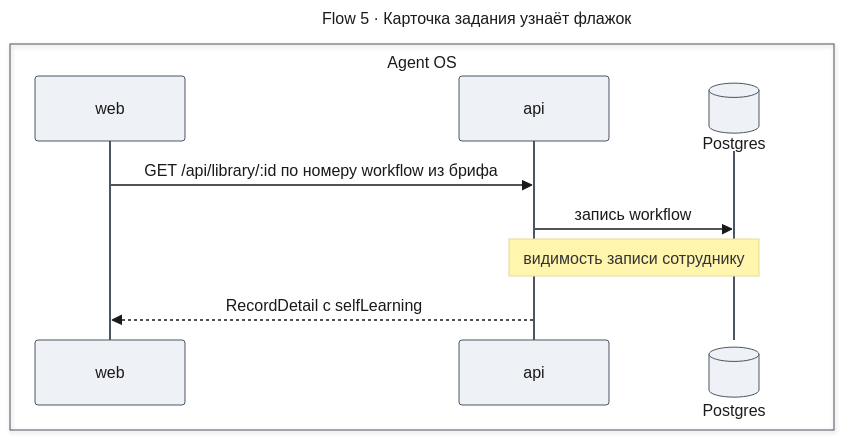
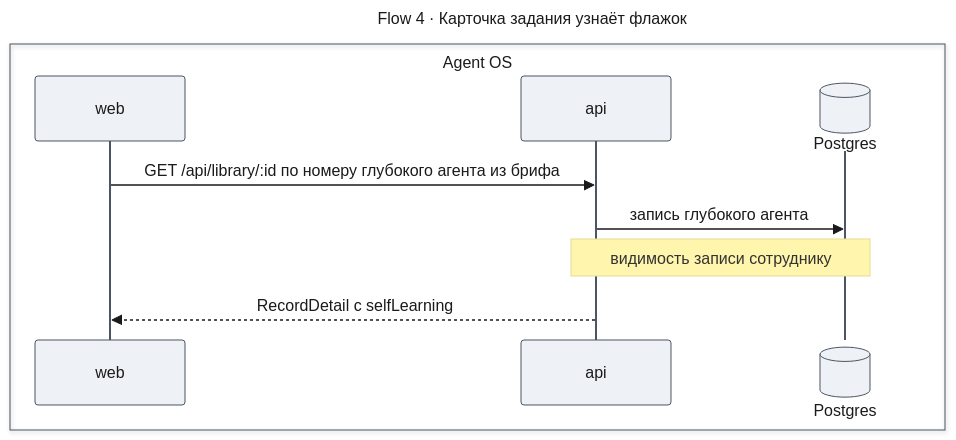
Before and after one commit to tundraray/agent-os: the seventh of 7 diagrams in docs/features/self-learning/design-web.md, drawn with Mermaid. The commit also changed other lines of this file and 13 other files, not shown here.

````diff
--- a/docs/features/self-learning/design-web.md
+++ b/docs/features/self-learning/design-web.md
@@ -621,28 +504,28 @@
 ```mermaid
 ---
-title: "Flow 5 · Карточка задания узнаёт флажок"
+title: "Flow 4 · Карточка задания узнаёт флажок"
 config:
   theme: base
   look: classic
   themeVariables:
     primaryColor: "#eef1f5"
     primaryBorderColor: "#4b5563"
     primaryTextColor: "#1a1a1a"
     lineColor: "#6b7280"
   themeCSS: |
     @keyframes litr_wf5{0%,30%{stroke:#1d4ed8;stroke-width:6px}33.33%,100%{stroke:#37474f;stroke-width:2px}}
     .messageLine0[data-id='i0'],.messageLine1[data-id='i0']{animation:litr_wf5 3.6s linear 0s infinite}
     .messageLine0[data-id='i1'],.messageLine1[data-id='i1']{animation:litr_wf5 3.6s linear 1.2s infinite}
     .messageLine0[data-id='i3'],.messageLine1[data-id='i3']{animation:litr_wf5 3.6s linear 2.4s infinite}
 ---
 sequenceDiagram
     box Agent OS
         participant web
         participant api
         participant DB@{ "type": "database" } as Postgres
     end
-    web->>api: GET /api/library/:id по номеру workflow из брифа
-    api->>DB: запись workflow
+    web->>api: GET /api/library/:id по номеру глубокого агента из брифа
+    api->>DB: запись глубокого агента
     Note over api,DB: видимость записи сотруднику
     api-->>web: RecordDetail с selfLearning
 ```
````
